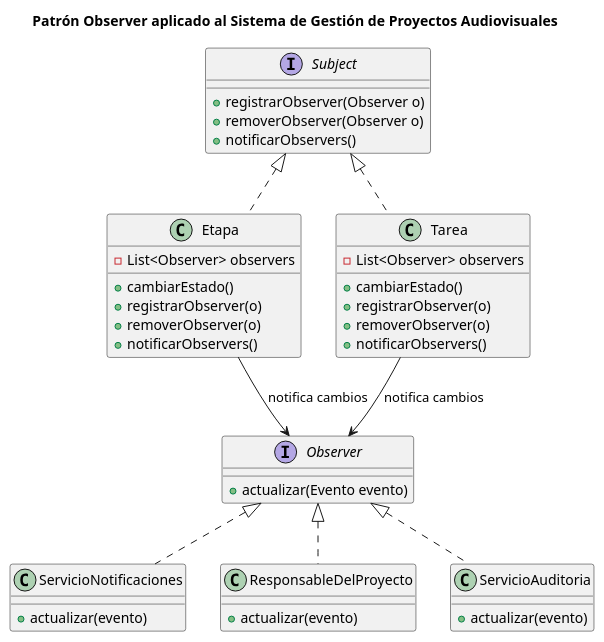
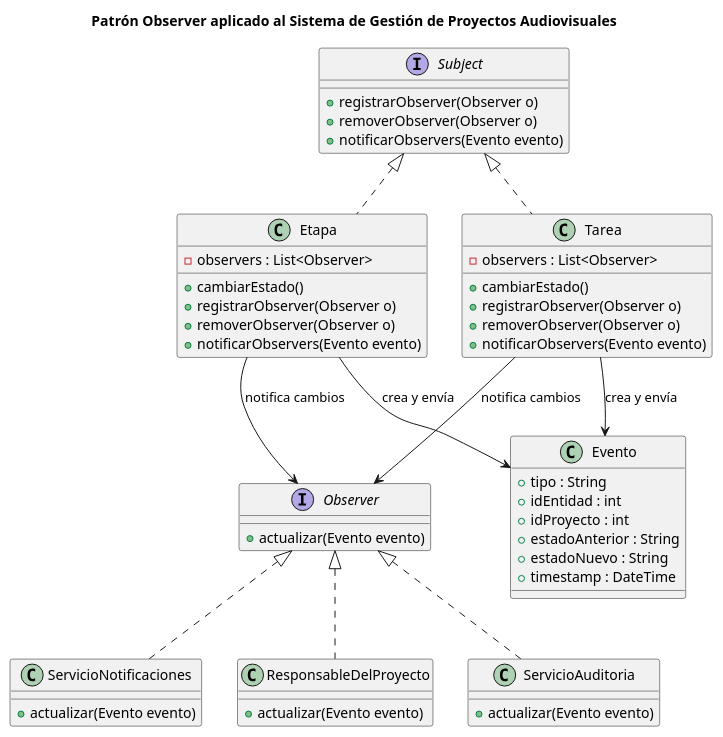
Before and after one commit to GonzaloBarbano/SistemaProductoraVideos: the diagram in diagramas/01-diagrama-clases/01-patron-comportamiento-Observer.puml, drawn with PlantUML. The commit also changed 6 other files, not shown here.

```diff
--- a/diagramas/01-diagrama-clases/01-patron-comportamiento-Observer.puml
+++ b/diagramas/01-diagrama-clases/01-patron-comportamiento-Observer.puml
@@ -1,52 +1,84 @@
 @startuml
 title Patrón Observer aplicado al Sistema de Gestión de Proyectos Audiovisuales
+
+'==============================
+'  Interfaces del patrón
+'==============================
 
 interface Observer {
     + actualizar(Evento evento)
 }
 
 interface Subject {
     + registrarObserver(Observer o)
     + removerObserver(Observer o)
-    + notificarObservers()
+    + notificarObservers(Evento evento)
 }
 
+'==============================
+'  Clase que representa el evento
+'==============================
+
+class Evento {
+    + tipo : String
+    + idEntidad : int
+    + idProyecto : int
+    + estadoAnterior : String
+    + estadoNuevo : String
+    + timestamp : DateTime
+}
+
+'==============================
+'  Subjects (Etapa y Tarea)
+'==============================
+
 class Etapa {
-    - List<Observer> observers
+    - observers : List<Observer>
     + cambiarEstado()
-    + registrarObserver(o)
-    + removerObserver(o)
-    + notificarObservers()
+    + registrarObserver(Observer o)
+    + removerObserver(Observer o)
+    + notificarObservers(Evento evento)
 }
 
 class Tarea {
-    - List<Observer> observers
+    - observers : List<Observer>
     + cambiarEstado()
-    + registrarObserver(o)
-    + removerObserver(o)
-    + notificarObservers()
+    + registrarObserver(Observer o)
+    + removerObserver(Observer o)
+    + notificarObservers(Evento evento)
 }
 
 Subject <|.. Etapa
 Subject <|.. Tarea
 
+'==============================
+'  Observers concretos
+'==============================
+
 class ServicioNotificaciones {
-    + actualizar(evento)
+    + actualizar(Evento evento)
 }
 
 class ResponsableDelProyecto {
-    + actualizar(evento)
+    + actualizar(Evento evento)
 }
 
 class ServicioAuditoria {
-    + actualizar(evento)
+    + actualizar(Evento evento)
 }
 
 Observer <|.. ServicioNotificaciones
 Observer <|.. ResponsableDelProyecto
 Observer <|.. ServicioAuditoria
 
 Etapa --> Observer : notifica cambios
 Tarea --> Observer : notifica cambios
 
+'==============================
+' Relación del evento con Subjects
+'==============================
+
+Etapa --> Evento : crea y envía
+Tarea --> Evento : crea y envía
+
 @enduml
```
